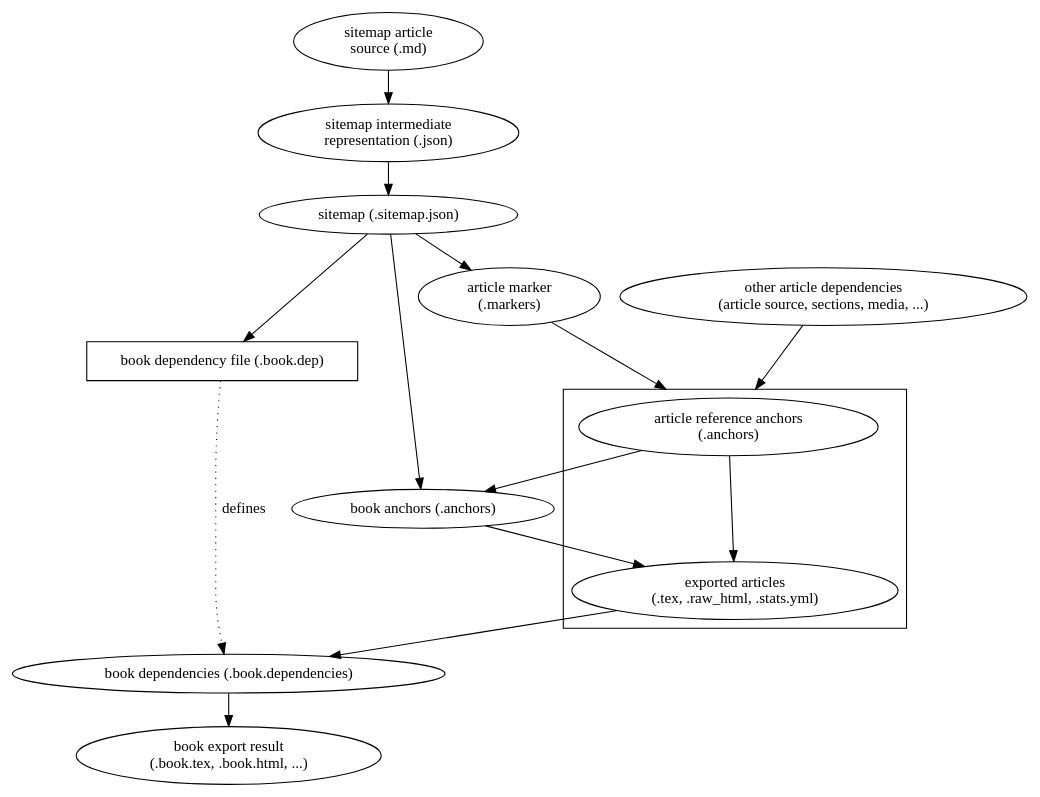
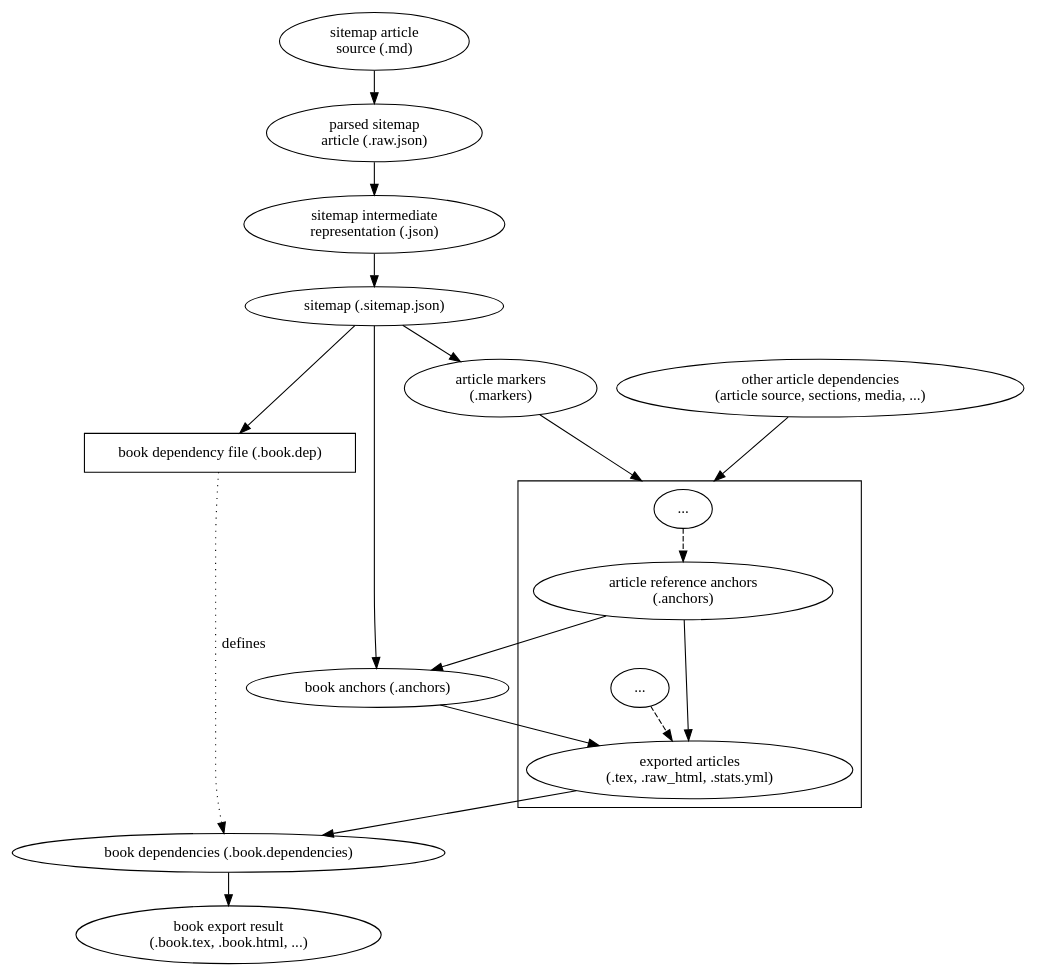
The diagram in doc/dot/book_deps.dot (serlo/serlo-export), drawn with Graphviz before and after one commit. The commit also changed 6 other files, not shown here.

```diff
--- a/doc/dot/book_deps.dot
+++ b/doc/dot/book_deps.dot
@@ -1,34 +1,39 @@
 digraph book_dependencies {
     compound=true;
     // enable new ranking algorithm
     newrank=true;
     ranksep=.4;
 
     sitemap_article [label="sitemap article\nsource (.md)"];
+    sitemap_parsed [label="parsed sitemap\narticle (.raw.json)"];
     sitemap_intermediate [label="sitemap intermediate\nrepresentation (.json)"];
     sitemap [label="sitemap (.sitemap.json)"];
     book_deps [label="book dependency file (.book.dep)", shape=box];
     book_dependencies [label="book dependencies (.book.dependencies)"];
     book_anchors [label="book anchors (.anchors)"];
-    the_markers [label="article marker\n(.markers)"];
+    the_markers [label="article markers\n(.markers)"];
     article_deps [label="other article dependencies\n(article source, sections, media, ...)"];
     result [label="book export result\n(.book.tex, .book.html, ...)"];
 
-    sitemap_article -> sitemap_intermediate -> sitemap; 
+    sitemap_article -> sitemap_parsed -> sitemap_intermediate -> sitemap; 
     sitemap -> book_deps;
     book_deps -> book_dependencies [label="defines", style=dotted];
     the_articles -> book_dependencies;
     the_anchors -> book_anchors -> the_articles;
     sitemap -> book_anchors;
     sitemap -> the_markers;
-    the_markers -> the_anchors [lhead=cluster_articles];
-    article_deps -> the_anchors [lhead=cluster_articles];
+    the_markers -> omitted [lhead=cluster_articles];
+    article_deps -> omitted [lhead=cluster_articles];
     book_dependencies -> result;
     
     subgraph cluster_articles {
+        omitted [label="..."];
         the_anchors [label="article reference anchors\n(.anchors)"];
         the_articles [label="exported articles\n(.tex, .raw_html, .stats.yml)"];
-       
+        omitted2 [label="..."];
+        
+        omitted -> the_anchors [style=dashed]; 
         the_anchors -> the_articles;
+        omitted2 -> the_articles [style=dashed];
     }
 }
```
